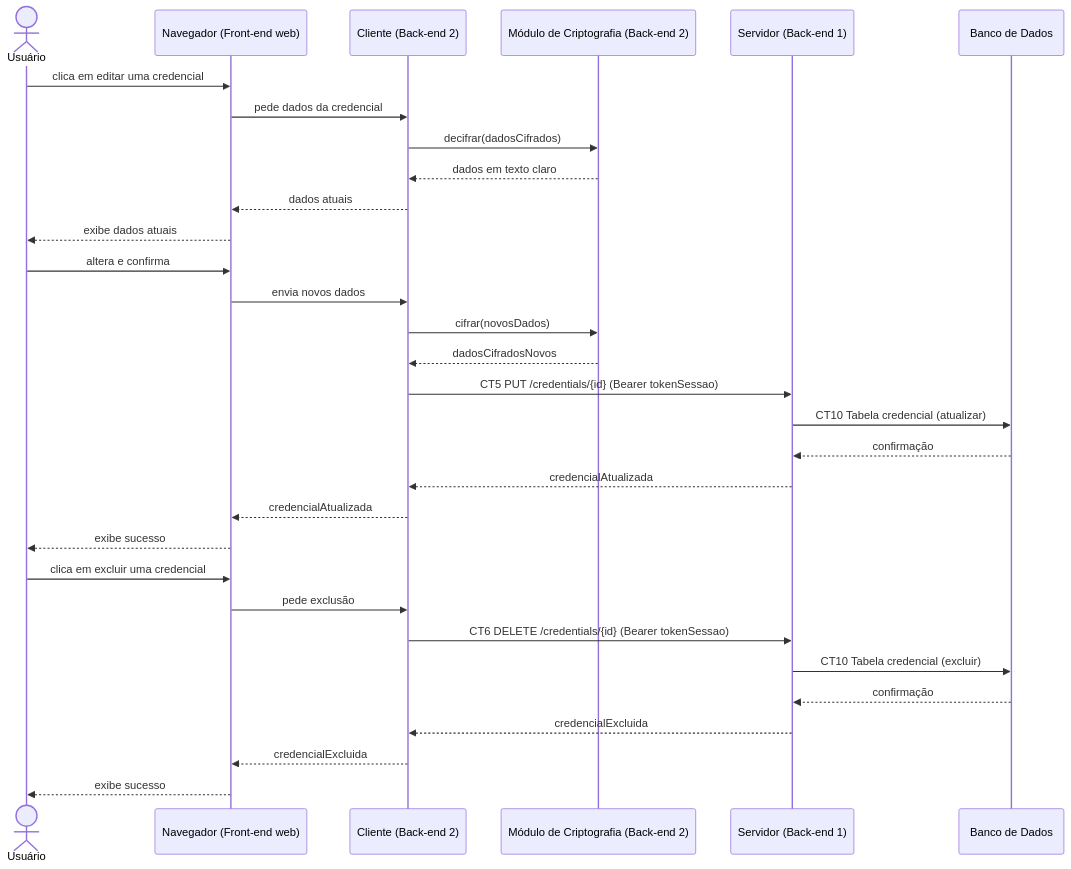
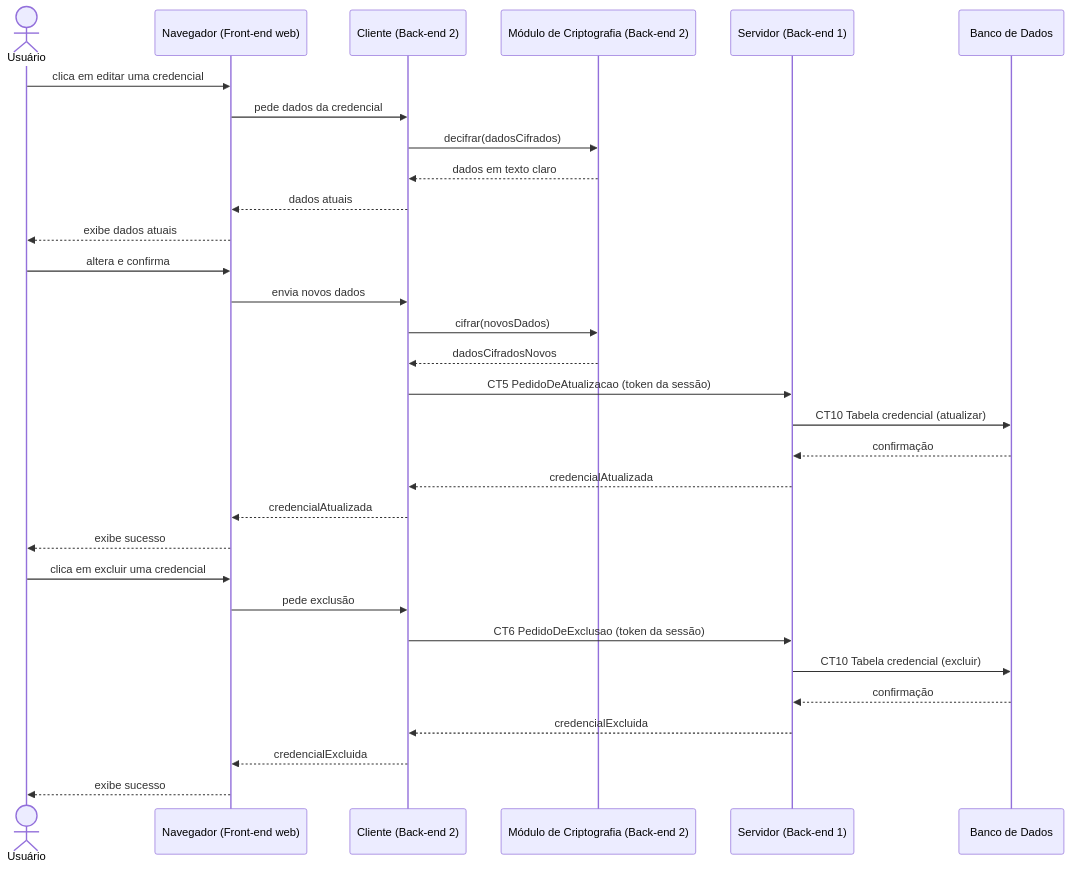
The diagram in docs/fluxos/E6-edicao-exclusao.md (egili/pi4-0101-g6-frontend), drawn with Mermaid before and after one commit. The commit also changed other lines of this file and 8 other files, not shown here.

````diff
--- a/docs/fluxos/E6-edicao-exclusao.md
+++ b/docs/fluxos/E6-edicao-exclusao.md
@@ -20,35 +20,35 @@
 ```mermaid
 sequenceDiagram
     actor U as Usuário
     participant N as Navegador (Front-end web)
     participant C as Cliente (Back-end 2)
     participant CM as Módulo de Criptografia (Back-end 2)
     participant S as Servidor (Back-end 1)
     participant DB as Banco de Dados
 
     U->>N: clica em editar uma credencial
     N->>C: pede dados da credencial
     C->>CM: decifrar(dadosCifrados)
     CM-->>C: dados em texto claro
     C-->>N: dados atuais
     N-->>U: exibe dados atuais
     U->>N: altera e confirma
     N->>C: envia novos dados
     C->>CM: cifrar(novosDados)
     CM-->>C: dadosCifradosNovos
-    C->>S: CT5 PUT /credentials/{id} (Bearer tokenSessao)
+    C->>S: CT5 PedidoDeAtualizacao (token da sessão)
     S->>DB: CT10 Tabela credencial (atualizar)
     DB-->>S: confirmação
     S-->>C: credencialAtualizada
     C-->>N: credencialAtualizada
     N-->>U: exibe sucesso
 
     U->>N: clica em excluir uma credencial
     N->>C: pede exclusão
-    C->>S: CT6 DELETE /credentials/{id} (Bearer tokenSessao)
+    C->>S: CT6 PedidoDeExclusao (token da sessão)
     S->>DB: CT10 Tabela credencial (excluir)
     DB-->>S: confirmação
     S-->>C: credencialExcluida
     C-->>N: credencialExcluida
     N-->>U: exibe sucesso
 ```
````
